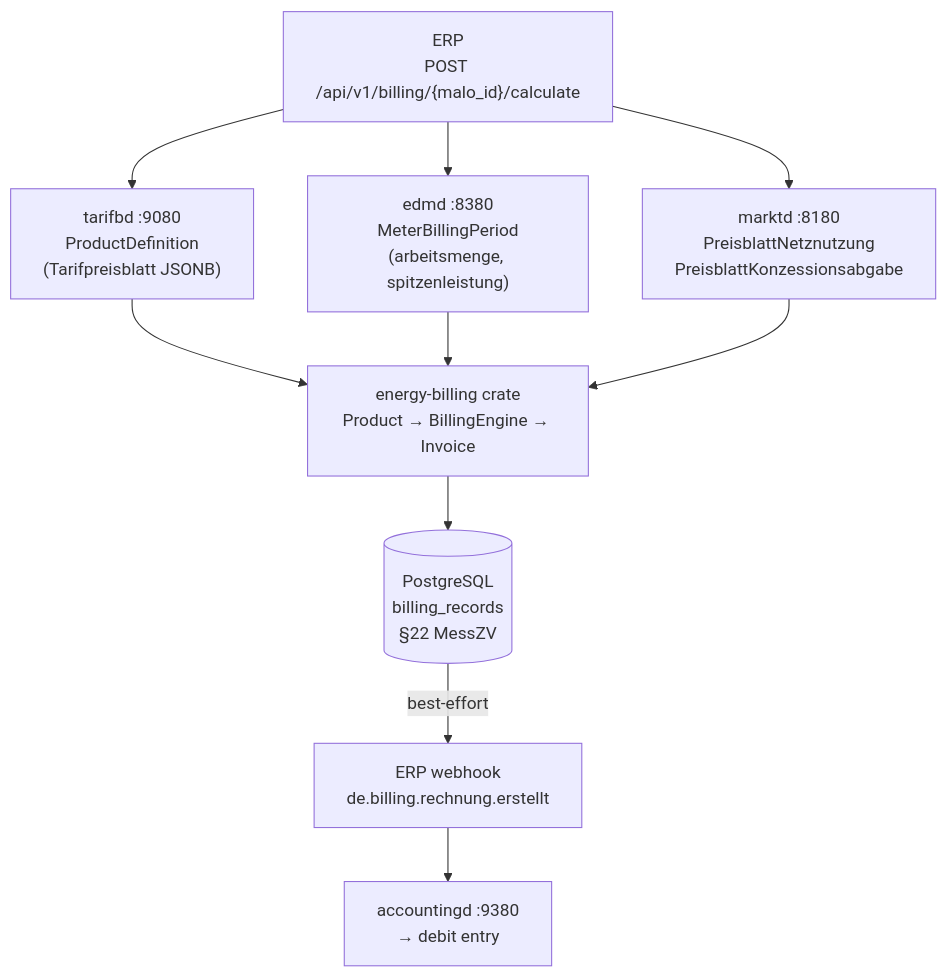
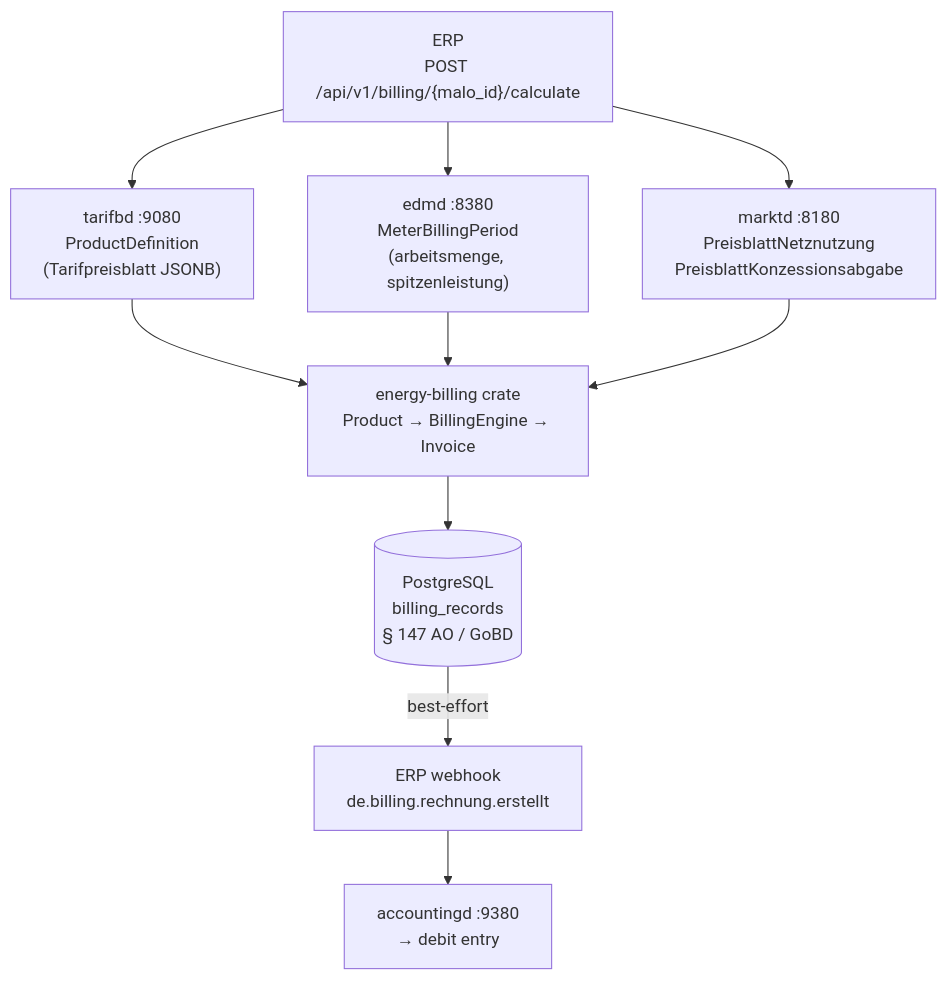
One commit to hupe1980/mako changed the first of 3 diagrams in docs/billingd.md. Above: the diagram before and after it, drawn with Mermaid. The commit also changed other lines of this file and 118 other files, not shown here.

````diff
--- a/docs/billingd.md
+++ b/docs/billingd.md
@@ -82,21 +82,21 @@
 ```mermaid
 graph TB
     ERP["ERP\nPOST /api/v1/billing/{malo_id}/calculate"]
     tarifbd["tarifbd :9080\nProductDefinition\n(Tarifpreisblatt JSONB)"]
     edmd["edmd :8380\nMeterBillingPeriod\n(arbeitsmenge, spitzenleistung)"]
     marktd["marktd :8180\nPreisblattNetznutzung\nPreisblattKonzessionsabgabe"]
     calculator["energy-billing crate\nProduct → BillingEngine → Invoice"]
-    pg[("PostgreSQL\nbilling_records\n§22 MessZV")]
+    pg[("PostgreSQL\nbilling_records\n§ 147 AO / GoBD")]
     erp_hook["ERP webhook\nde.billing.rechnung.erstellt"]
     accountingd["accountingd :9380\n→ debit entry"]
 
     ERP --> tarifbd
     ERP --> edmd
     ERP --> marktd
     tarifbd --> calculator
     edmd --> calculator
     marktd --> calculator
     calculator --> pg
     pg -->|"best-effort"| erp_hook
     erp_hook --> accountingd
 ```
````
